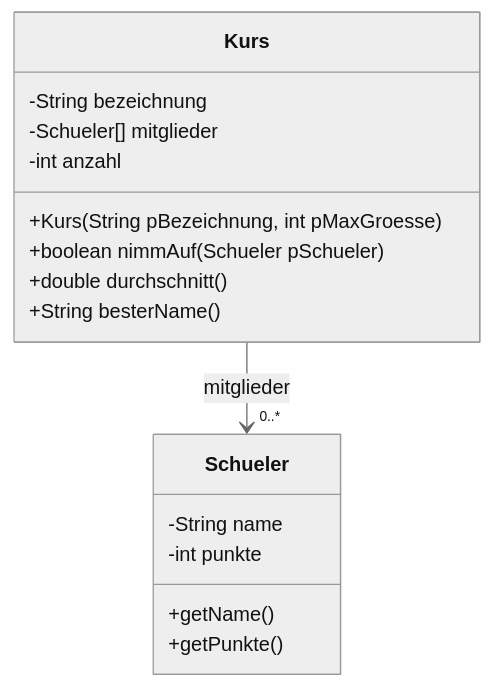
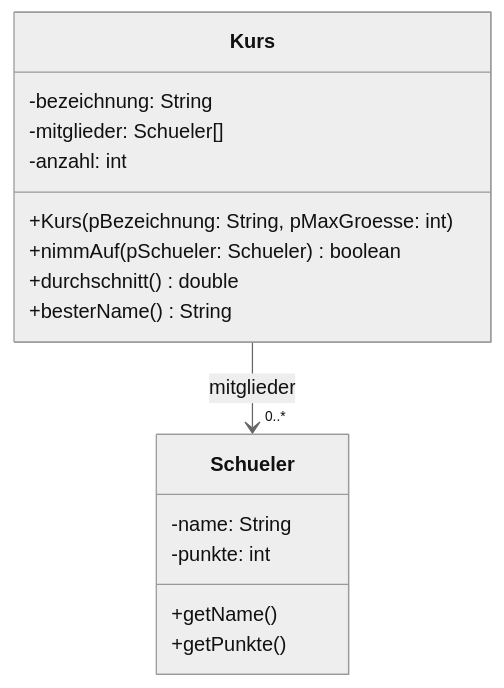
One commit to openpatch/hyperbook-informatik changed the second of 2 diagrams in book/oberstufe/oop/01-grundlagen/06-objektorientierung/03-assoziation.md. Above: the diagram before and after it, drawn with Mermaid (neutral theme). The commit also changed other lines of this file and 19 other files, not shown here.

Commit message:
richtige implementationsdiagramme

````diff
--- a/book/oberstufe/oop/01-grundlagen/06-objektorientierung/03-assoziation.md
+++ b/book/oberstufe/oop/01-grundlagen/06-objektorientierung/03-assoziation.md
@@ -133,19 +133,19 @@
 ```mermaid
 classDiagram
     class Kurs {
-        -String bezeichnung
-        -Schueler[] mitglieder
-        -int anzahl
-        +Kurs(String pBezeichnung, int pMaxGroesse)
-        +boolean nimmAuf(Schueler pSchueler)
-        +double durchschnitt()
-        +String besterName()
+        -bezeichnung: String
+        -mitglieder: Schueler[]
+        -anzahl: int
+        +Kurs(pBezeichnung: String, pMaxGroesse: int)
+        +nimmAuf(pSchueler: Schueler) boolean
+        +durchschnitt() double
+        +besterName() String
     }
     class Schueler {
-        -String name
-        -int punkte
+        -name: String
+        -punkte: int
         +getName()
         +getPunkte()
     }
     Kurs --> "0..*" Schueler : mitglieder
 ```
````
